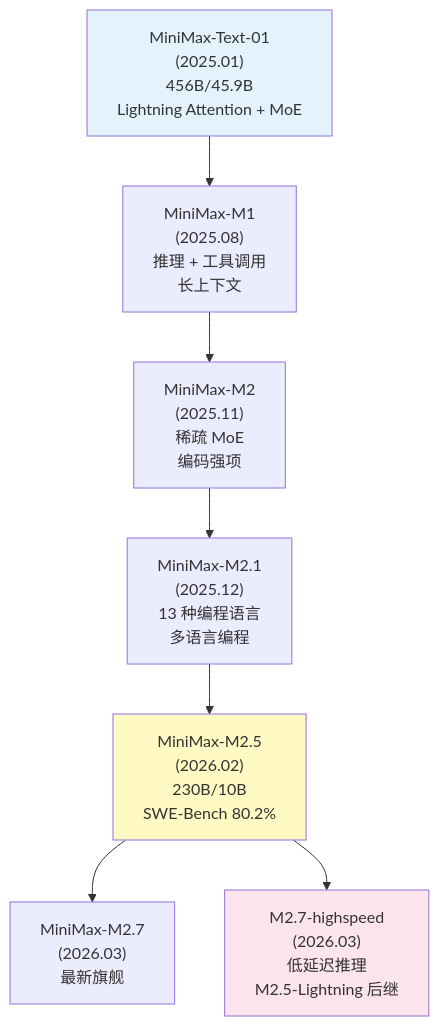
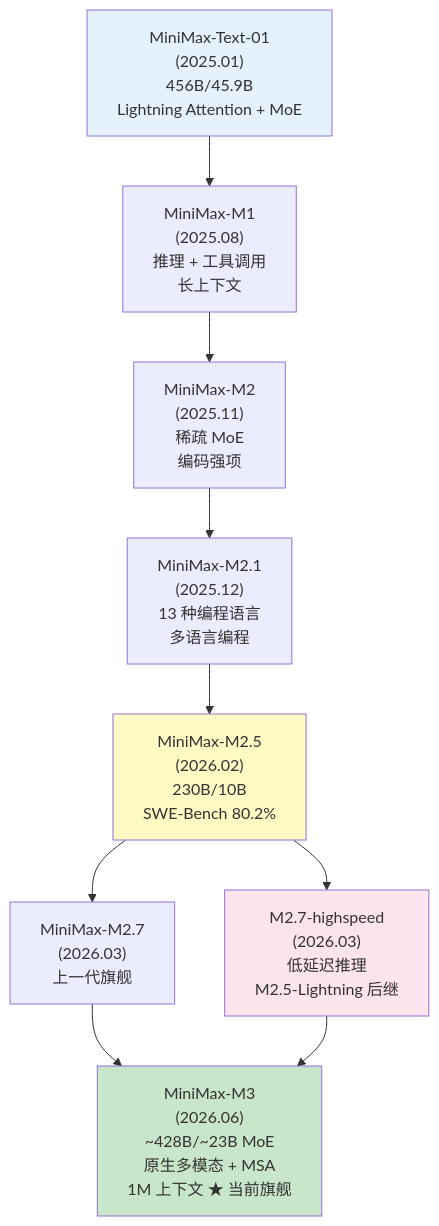
Before and after one commit to CloudManHQ/CloudMaster: the fourth of 7 diagrams in 04_NLP_LLMs/Chinese_LLM_Ecosystem/MiniMax_Deep_Dive.md, drawn with Mermaid. The commit also changed other lines of this file and 30 other files, not shown here.

````diff
--- a/04_NLP_LLMs/Chinese_LLM_Ecosystem/MiniMax_Deep_Dive.md
+++ b/04_NLP_LLMs/Chinese_LLM_Ecosystem/MiniMax_Deep_Dive.md
@@ -589,27 +595,32 @@
 ```mermaid
 graph TD
     T01["MiniMax-Text-01<br/>(2025.01)<br/>456B/45.9B<br/>Lightning Attention + MoE"]
     
     M1["MiniMax-M1<br/>(2025.08)<br/>推理 + 工具调用<br/>长上下文"]
     
     M2["MiniMax-M2<br/>(2025.11)<br/>稀疏 MoE<br/>编码强项"]
     
     M21["MiniMax-M2.1<br/>(2025.12)<br/>13 种编程语言<br/>多语言编程"]
     
     M25["MiniMax-M2.5<br/>(2026.02)<br/>230B/10B<br/>SWE-Bench 80.2%"]
     
-    M27["MiniMax-M2.7<br/>(2026.03)<br/>最新旗舰"]
+    M27["MiniMax-M2.7<br/>(2026.03)<br/>上一代旗舰"]
     
     M27H["M2.7-highspeed<br/>(2026.03)<br/>低延迟推理<br/>M2.5-Lightning 后继"]
+    
+    M3["MiniMax-M3<br/>(2026.06)<br/>~428B/~23B MoE<br/>原生多模态 + MSA<br/>1M 上下文 ★ 当前旗舰"]
     
     T01 --> M1
     M1 --> M2
     M2 --> M21
     M21 --> M25
     M25 --> M27
     M25 --> M27H
+    M27 --> M3
+    M27H --> M3
     
     style T01 fill:#e3f2fd
     style M25 fill:#fff9c4
     style M27H fill:#fce4ec
+    style M3 fill:#c8e6c9
 ```
````
